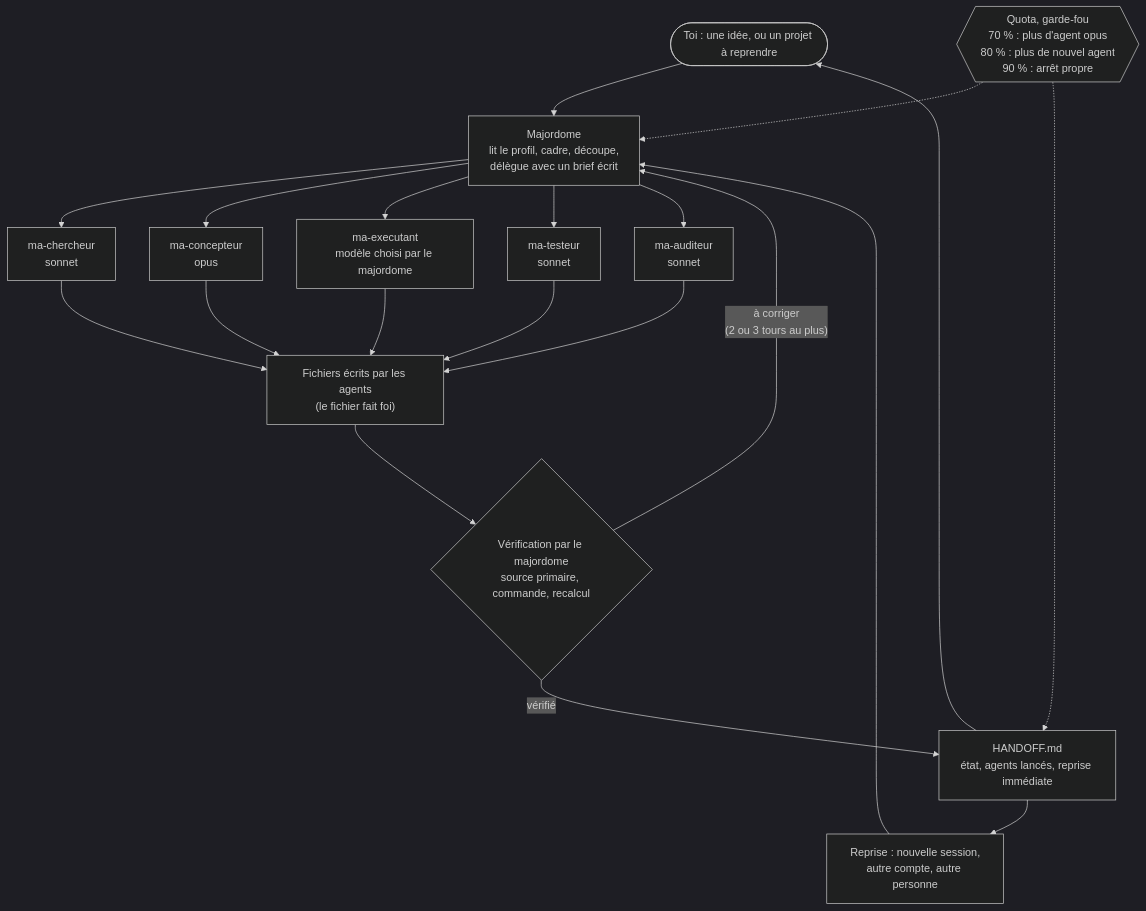
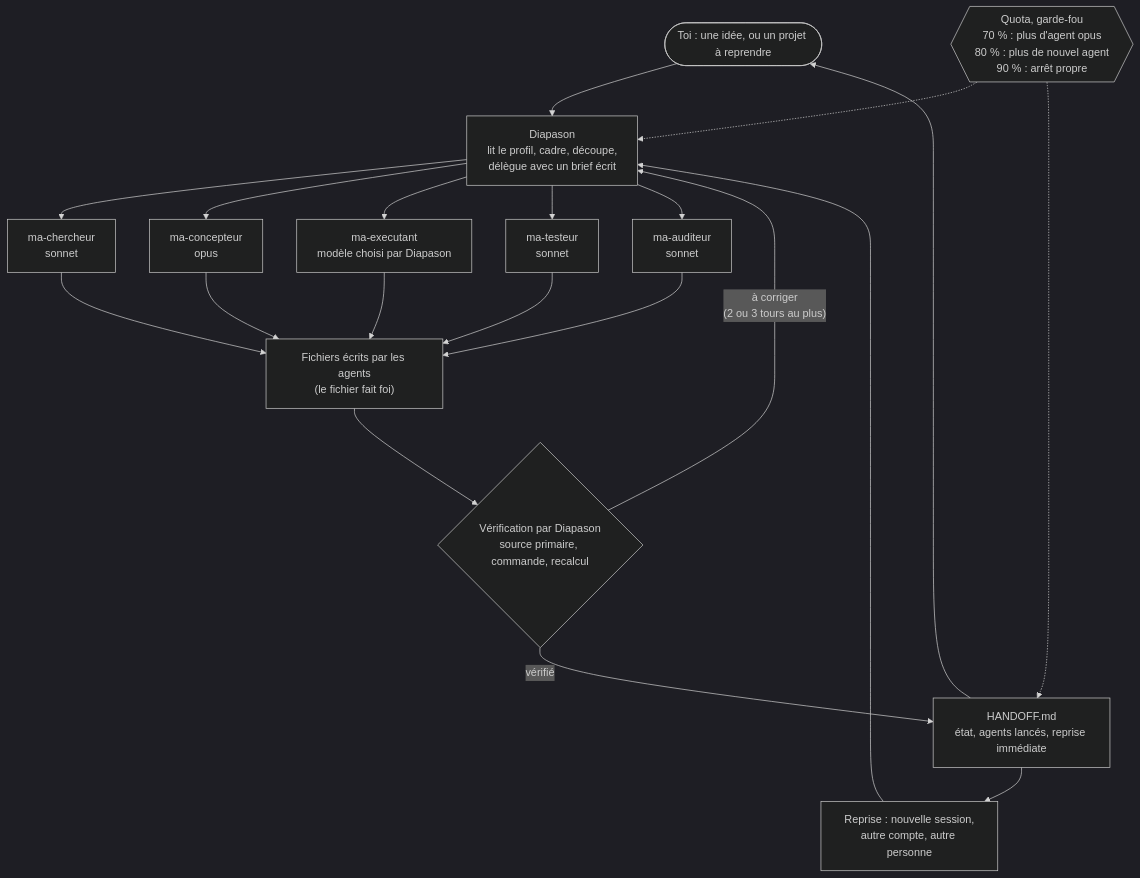
Before and after one commit to MalikChopa/diapason: the diagram in GUIDE.md, drawn with Mermaid (dark theme). The commit also changed other lines of this file and 117 other files, not shown here.

Commit message:
v1.5.0 : Majordome devient Diapason (/diapason), README bilingue en un seul fichier

````diff
--- a/GUIDE.md
+++ b/GUIDE.md
@@ -25,26 +25,26 @@
 ```mermaid
 flowchart TD
-    U(["Toi : une idée, ou un projet à reprendre"]) --> M["Majordome<br/>lit le profil, cadre, découpe,<br/>délègue avec un brief écrit"]
+    U(["Toi : une idée, ou un projet à reprendre"]) --> M["Diapason<br/>lit le profil, cadre, découpe,<br/>délègue avec un brief écrit"]
 
     M --> A1["ma-chercheur<br/>sonnet"]
     M --> A2["ma-concepteur<br/>opus"]
-    M --> A3["ma-executant<br/>modèle choisi par le majordome"]
+    M --> A3["ma-executant<br/>modèle choisi par Diapason"]
     M --> A4["ma-testeur<br/>sonnet"]
     M --> A5["ma-auditeur<br/>sonnet"]
 
     A1 --> F["Fichiers écrits par les agents<br/>(le fichier fait foi)"]
     A2 --> F
     A3 --> F
     A4 --> F
     A5 --> F
 
-    F --> V{"Vérification par le majordome<br/>source primaire, commande, recalcul"}
+    F --> V{"Vérification par Diapason<br/>source primaire, commande, recalcul"}
     V -- "à corriger<br/>(2 ou 3 tours au plus)" --> M
     V -- "vérifié" --> H["HANDOFF.md<br/>état, agents lancés, reprise immédiate"]
     H --> R["Reprise : nouvelle session,<br/>autre compte, autre personne"]
     R --> M
     H --> U
 
     Q{{"Quota, garde-fou<br/>70 % : plus d'agent opus<br/>80 % : plus de nouvel agent<br/>90 % : arrêt propre"}} -.-> M
     Q -.-> H
 ```
````
